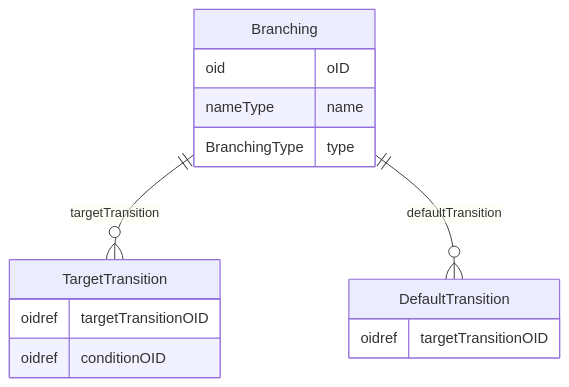
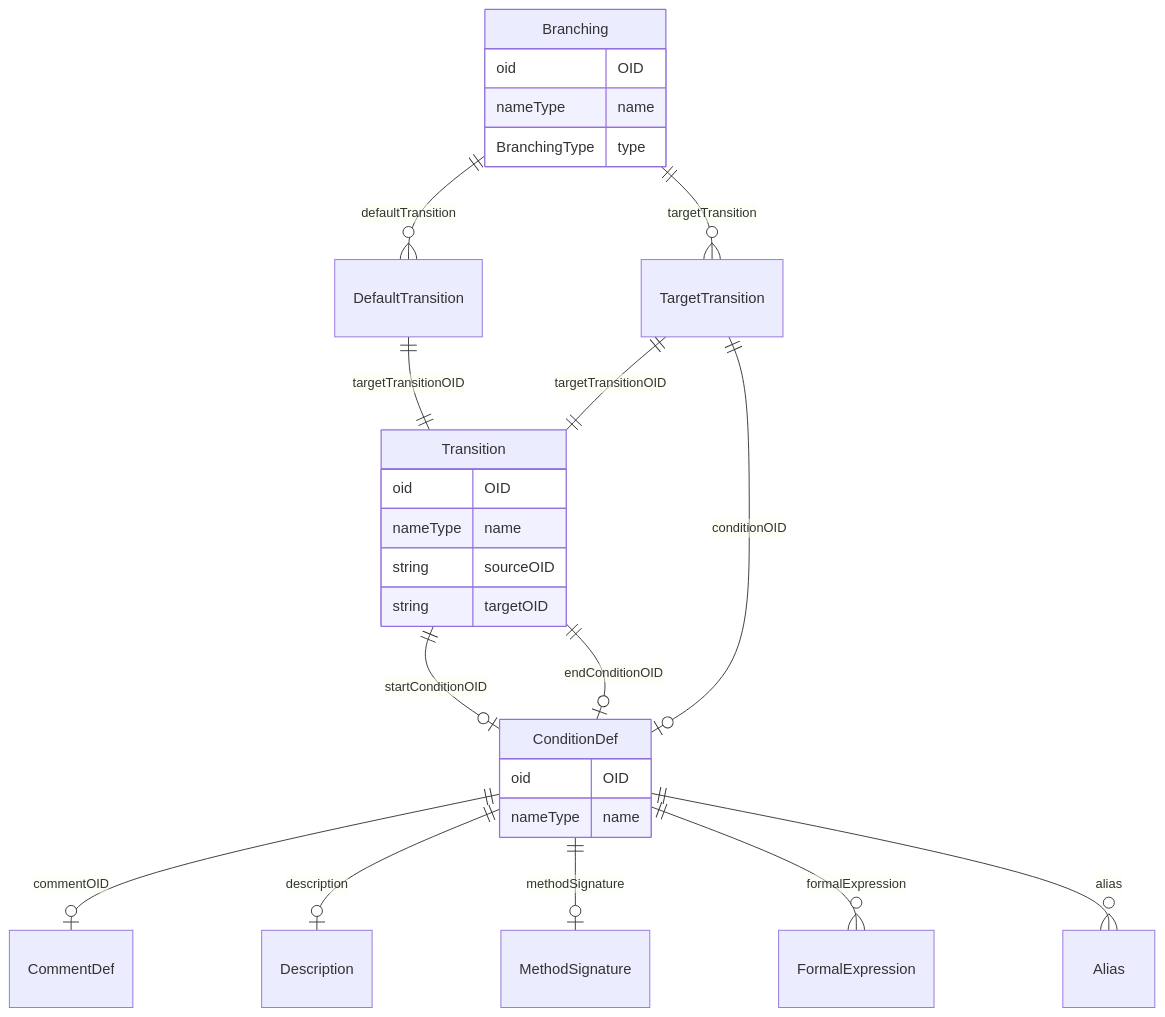
One commit to cdisc-org/DataExchange-ODM-LinkML changed the diagram in docs/Branching.md. Above: the diagram before and after it, drawn with Mermaid. The commit also changed other lines of this file and 338 other files, not shown here.

Commit message:
improved references by detecting targets for oidref type slots

````diff
--- a/docs/Branching.md
+++ b/docs/Branching.md
@@ -11,19 +11,38 @@
 ```mermaid
 erDiagram
 Branching {
-    oid oID  
+    oid OID  
     nameType name  
     BranchingType type  
 }
 DefaultTransition {
-    oidref targetTransitionOID  
+
+}
+Transition {
+    oid OID  
+    nameType name  
+    string sourceOID  
+    string targetOID  
 }
 TargetTransition {
-    oidref targetTransitionOID  
-    oidref conditionOID  
+
+}
+ConditionDef {
+    oid OID  
+    nameType name  
 }
 
 Branching ||--}o TargetTransition : "targetTransition"
 Branching ||--}o DefaultTransition : "defaultTransition"
+DefaultTransition ||--|| Transition : "targetTransitionOID"
+Transition ||--|o ConditionDef : "startConditionOID"
+Transition ||--|o ConditionDef : "endConditionOID"
+TargetTransition ||--|| Transition : "targetTransitionOID"
+TargetTransition ||--|o ConditionDef : "conditionOID"
+ConditionDef ||--|o CommentDef : "commentOID"
+ConditionDef ||--|o Description : "description"
+ConditionDef ||--|o MethodSignature : "methodSignature"
+ConditionDef ||--}o FormalExpression : "formalExpression"
+ConditionDef ||--}o Alias : "alias"
 
 ```
````
